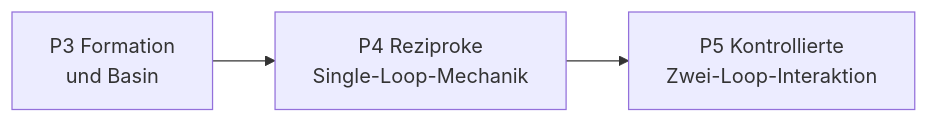
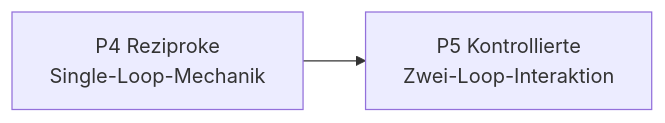
Before and after one commit to MemoryDynamics/Knoten: the diagram in docs/status/project_priorities.md, drawn with Mermaid. The commit also changed other lines of this file and 7 other files, not shown here.

````diff
--- a/docs/status/project_priorities.md
+++ b/docs/status/project_priorities.md
@@ -37,8 +37,7 @@
 ```mermaid
 flowchart LR
-    p3["P3 Formation<br/>und Basin"]
     p4["P4 Reziproke<br/>Single-Loop-Mechanik"]
     p5["P5 Kontrollierte<br/>Zwei-Loop-Interaktion"]
 
-    p3 --> p4 --> p5
+    p4 --> p5
 ```
````
